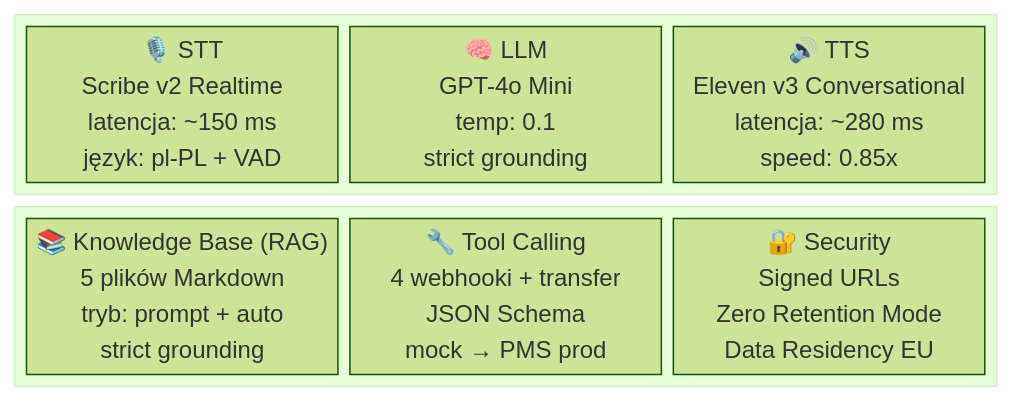
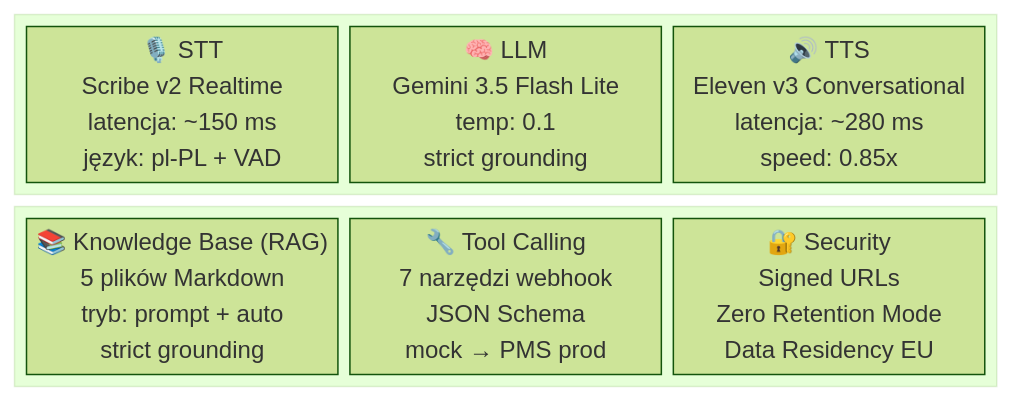
Before and after one commit to kpulka/Elevenlabs_SpaHotel_PoC: the fifth of 5 diagrams in presentation/01_diagram_architektury.md, drawn with Mermaid (forest theme). The commit also changed other lines of this file and 32 other files, not shown here.

````diff
--- a/presentation/01_diagram_architektury.md
+++ b/presentation/01_diagram_architektury.md
@@ -155,16 +155,16 @@
 ```mermaid
 block-beta
   columns 3
 
   block:ROW1:3
     A["🎙️ STT\nScribe v2 Realtime\nlatencja: ~150 ms\njęzyk: pl-PL + VAD"]
-    B["🧠 LLM\nGPT-4o Mini\ntemp: 0.1\nstrict grounding"]
+    B["🧠 LLM\nGemini 3.5 Flash Lite\ntemp: 0.1\nstrict grounding"]
     C["🔊 TTS\nEleven v3 Conversational\nlatencja: ~280 ms\nspeed: 0.85x"]
   end
 
   block:ROW2:3
     D["📚 Knowledge Base (RAG)\n5 plików Markdown\ntryb: prompt + auto\nstrict grounding"]
-    E["🔧 Tool Calling\n4 webhooki + transfer\nJSON Schema\nmock → PMS prod"]
+    E["🔧 Tool Calling\n7 narzędzi webhook\nJSON Schema\nmock → PMS prod"]
     F["🔐 Security\nSigned URLs\nZero Retention Mode\nData Residency EU"]
   end
 ```
````
